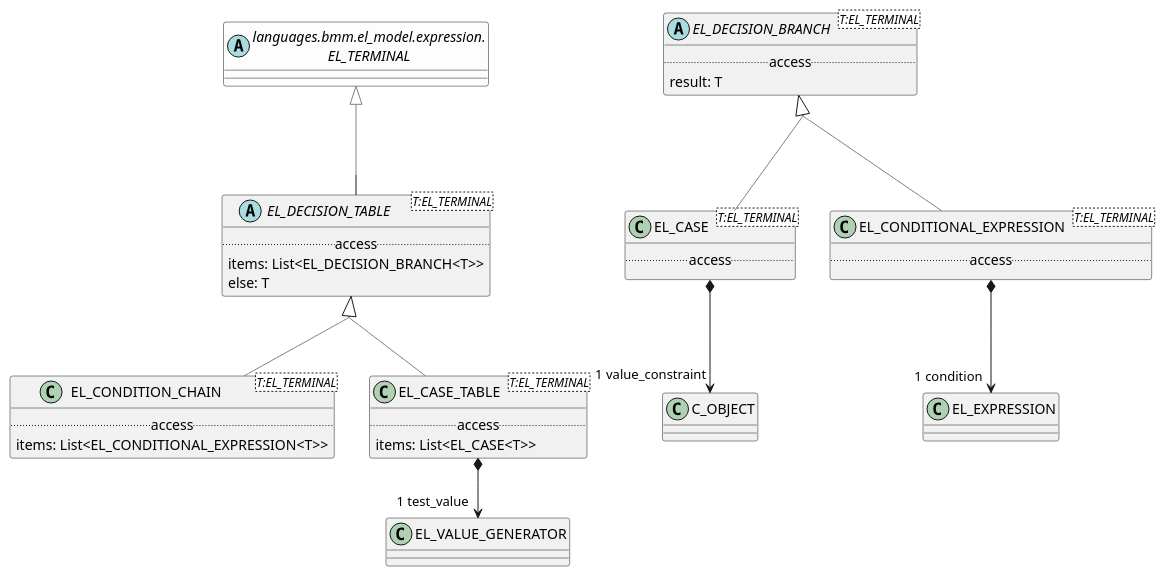
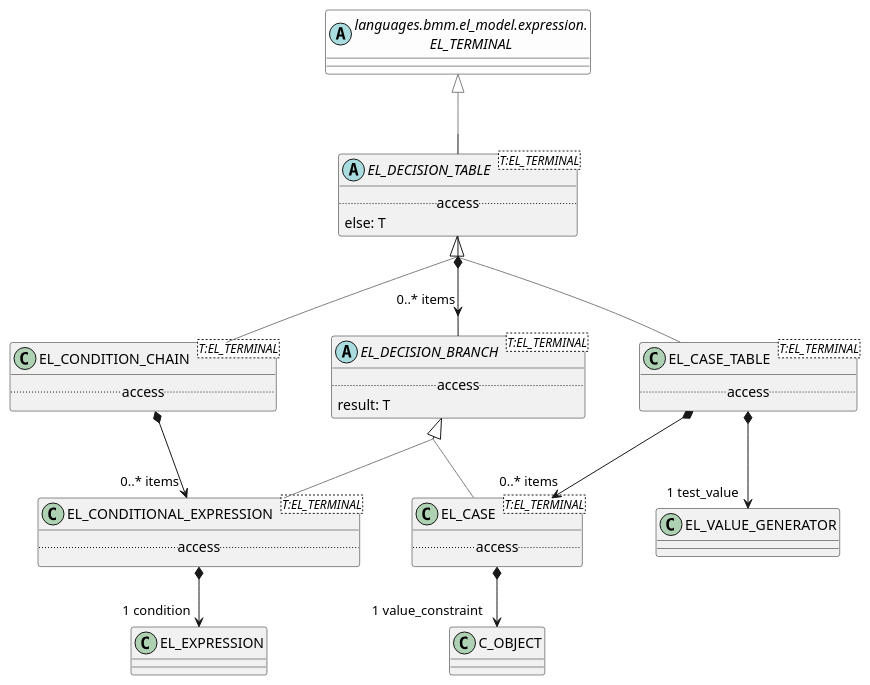
The diagram in modules/ROOT/examples/bmm/languages/bmm/el_model/decision/decision-package-uml.adoc (wolandscat/openehr-doc), drawn with PlantUML before and after one commit. The commit also changed 293 other files, not shown here.

Commit message:
Regen with tweaks to UML output and correct metatypes for nested generics.

```diff
--- a/modules/ROOT/examples/bmm/languages/bmm/el_model/decision/decision-package-uml.adoc
+++ b/modules/ROOT/examples/bmm/languages/bmm/el_model/decision/decision-package-uml.adoc
@@ -3,60 +3,63 @@
 [plantuml,opts=interactive,link=self]
 ....
 skinparam groupInheritance 2
 skinparam citedClassColor #FDFDFD
 
 
 class EL_CONDITION_CHAIN<T:EL_TERMINAL> [[/openehr-doc/latest/languages/bmm-gen.html#_class_el_condition_chain]] {
         .. access ..
-        items: List<EL_CONDITIONAL_EXPRESSION<T>>
 }
 
 EL_CONDITION_CHAIN -[#gray]up-|> EL_DECISION_TABLE  
 
 
-abstract class EL_DECISION_BRANCH<T:EL_TERMINAL> [[/openehr-doc/latest/languages/bmm-gen.html#_class_el_decision_branch]] {
-        .. access ..
-        result: T
-}
-
+EL_CONDITION_CHAIN *--> "0..* items" EL_CONDITIONAL_EXPRESSION
 
 class EL_CASE<T:EL_TERMINAL> [[/openehr-doc/latest/languages/bmm-gen.html#_class_el_case]] {
         .. access ..
 }
 
 EL_CASE -[#gray]up-|> EL_DECISION_BRANCH  
 
 
 EL_CASE *--> "1 value_constraint" C_OBJECT
 
-abstract class EL_DECISION_TABLE<T:EL_TERMINAL> [[/openehr-doc/latest/languages/bmm-gen.html#_class_el_decision_table]] {
+class EL_CASE_TABLE<T:EL_TERMINAL> [[/openehr-doc/latest/languages/bmm-gen.html#_class_el_case_table]] {
         .. access ..
-        items: List<EL_DECISION_BRANCH<T>>
-        else: T
 }
 
-EL_DECISION_TABLE -[#gray]up-|> EL_TERMINAL  
+EL_CASE_TABLE -[#gray]up-|> EL_DECISION_TABLE  
+
+
+EL_CASE_TABLE *--> "0..* items" EL_CASE
+
+EL_CASE_TABLE *--> "1 test_value" EL_VALUE_GENERATOR
+
+abstract class EL_DECISION_BRANCH<T:EL_TERMINAL> [[/openehr-doc/latest/languages/bmm-gen.html#_class_el_decision_branch]] {
+        .. access ..
+        result: T
+}
 
 
 class EL_CONDITIONAL_EXPRESSION<T:EL_TERMINAL> [[/openehr-doc/latest/languages/bmm-gen.html#_class_el_conditional_expression]] {
         .. access ..
 }
 
 EL_CONDITIONAL_EXPRESSION -[#gray]up-|> EL_DECISION_BRANCH  
 
 
 EL_CONDITIONAL_EXPRESSION *--> "1 condition" EL_EXPRESSION
 
-class EL_CASE_TABLE<T:EL_TERMINAL> [[/openehr-doc/latest/languages/bmm-gen.html#_class_el_case_table]] {
+abstract class EL_DECISION_TABLE<T:EL_TERMINAL> [[/openehr-doc/latest/languages/bmm-gen.html#_class_el_decision_table]] {
         .. access ..
-        items: List<EL_CASE<T>>
+        else: T
 }
 
-EL_CASE_TABLE -[#gray]up-|> EL_DECISION_TABLE  
+EL_DECISION_TABLE -[#gray]up-|> EL_TERMINAL  
 
 
-EL_CASE_TABLE *--> "1 test_value" EL_VALUE_GENERATOR
+EL_DECISION_TABLE *--> "0..* items" EL_DECISION_BRANCH
 abstract class "languages.bmm.el_model.expression.\nEL_TERMINAL" as EL_TERMINAL  [[/openehr-doc/latest/languages/bmm-gen.html#_class_el_terminal]] #FDFDFD {
 }
 
 ....
```
